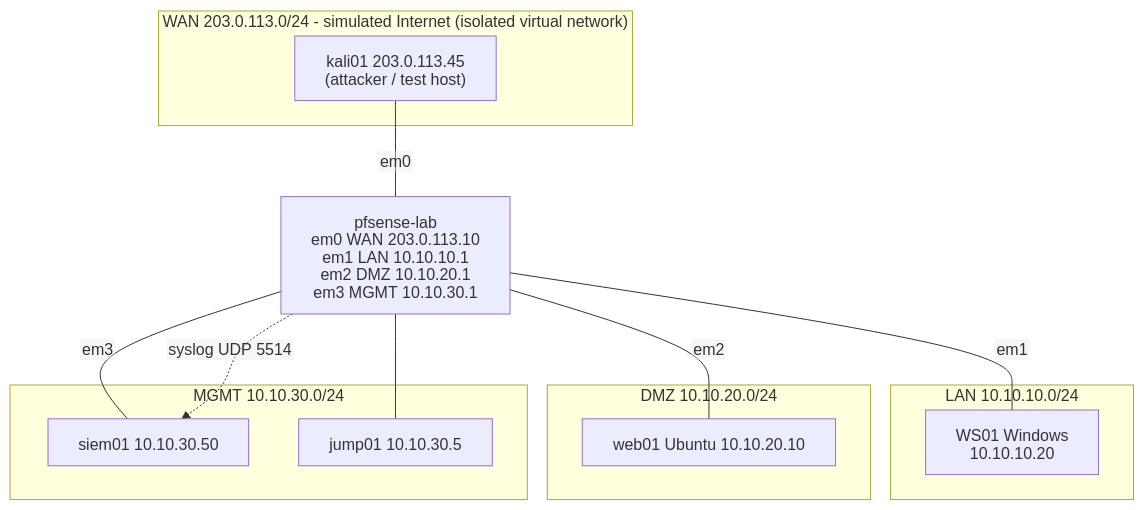
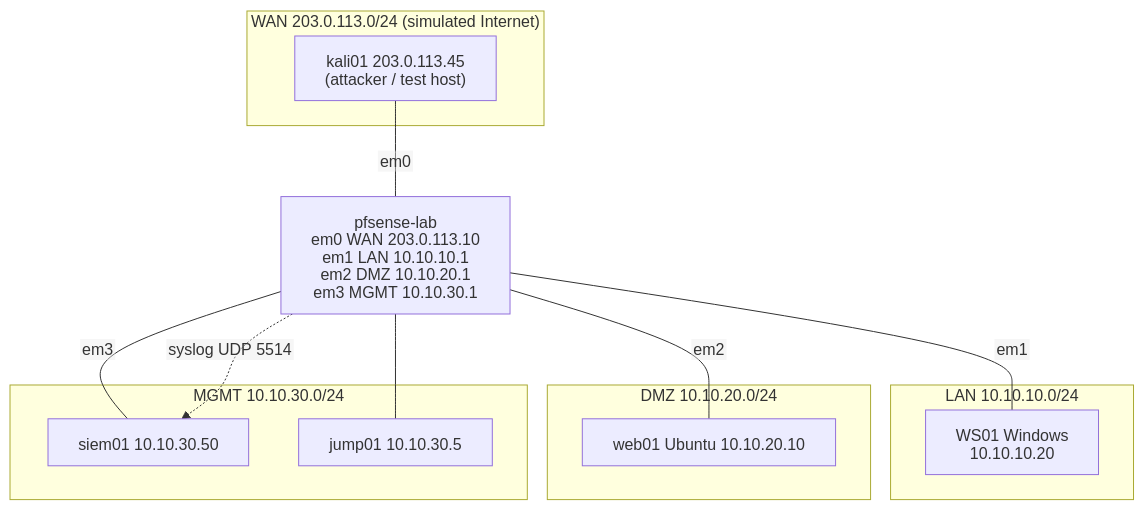
One commit to OYDeadpoolife/pfsense-network-security-lab changed the diagram in README.md. Above: the diagram before and after it, drawn with Mermaid. The commit also changed other lines of this file and 1 other file, not shown here.

Commit message:
Shorten long diagram group titles so they fit their boxes

````diff
--- a/README.md
+++ b/README.md
@@ -54,29 +54,29 @@
 ```mermaid
 ---
 config:
   htmlLabels: false
   flowchart:
     htmlLabels: false
 ---
 flowchart TB
-    subgraph WAN["WAN 203.0.113.0/24 - simulated Internet (isolated virtual network)"]
+    subgraph WAN["WAN 203.0.113.0/24 (simulated Internet)"]
         K["kali01 203.0.113.45<br/>(attacker / test host)"]
     end
     FW["pfsense-lab<br/>em0 WAN 203.0.113.10<br/>em1 LAN 10.10.10.1<br/>em2 DMZ 10.10.20.1<br/>em3 MGMT 10.10.30.1"]
     subgraph LAN["LAN 10.10.10.0/24"]
         WS["WS01 Windows 10.10.10.20"]
     end
     subgraph DMZ["DMZ 10.10.20.0/24"]
         W["web01 Ubuntu 10.10.20.10"]
     end
     subgraph MGMT["MGMT 10.10.30.0/24"]
         S["siem01 10.10.30.50"]
         J["jump01 10.10.30.5"]
     end
     K ---|em0| FW
     FW ---|em1| WS
     FW ---|em2| W
     FW ---|em3| S
     FW --- J
     FW -. "syslog UDP 5514" .-> S
 ```
````
